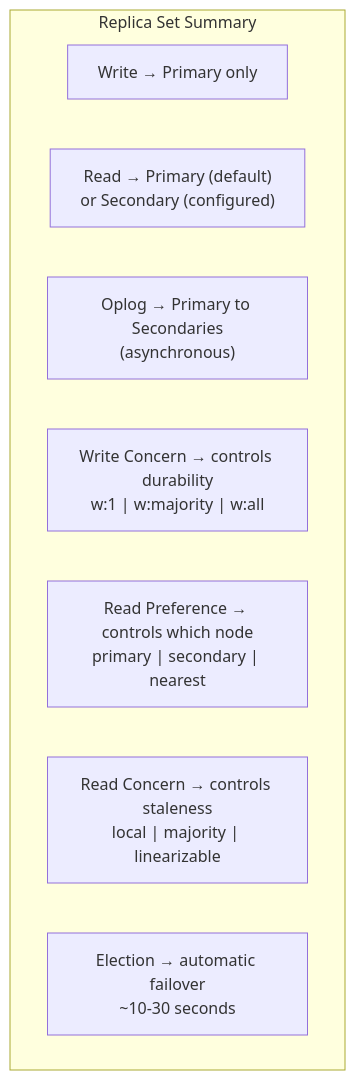
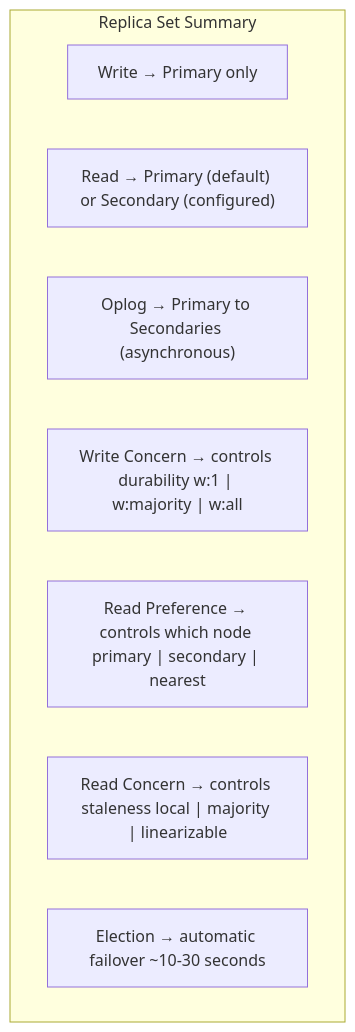
Before and after one commit to afekash/project_shopflow-afek: the fifth of 5 diagrams in materials/nosql/04-mongodb-replication/01-replica-set-architecture.md, drawn with Mermaid. The commit also changed other lines of this file and 5 other files, not shown here.

````diff
--- a/materials/nosql/04-mongodb-replication/01-replica-set-architecture.md
+++ b/materials/nosql/04-mongodb-replication/01-replica-set-architecture.md
@@ -214,12 +231,12 @@
 ```mermaid
 graph TD
     subgraph overview [Replica Set Summary]
         W["Write → Primary only"] 
-        R["Read → Primary (default)\nor Secondary (configured)"]
-        Repl["Oplog → Primary to Secondaries\n(asynchronous)"]
-        WC["Write Concern → controls durability\nw:1 | w:majority | w:all"]
-        RP["Read Preference → controls which node\nprimary | secondary | nearest"]
-        RC["Read Concern → controls staleness\nlocal | majority | linearizable"]
-        Elect["Election → automatic failover\n~10-30 seconds"]
+        R["Read → Primary (default) or Secondary (configured)"]
+        Repl["Oplog → Primary to Secondaries (asynchronous)"]
+        WC["Write Concern → controls durability w:1 | w:majority | w:all"]
+        RP["Read Preference → controls which node primary | secondary | nearest"]
+        RC["Read Concern → controls staleness local | majority | linearizable"]
+        Elect["Election → automatic failover ~10-30 seconds"]
     end
 ```
````
